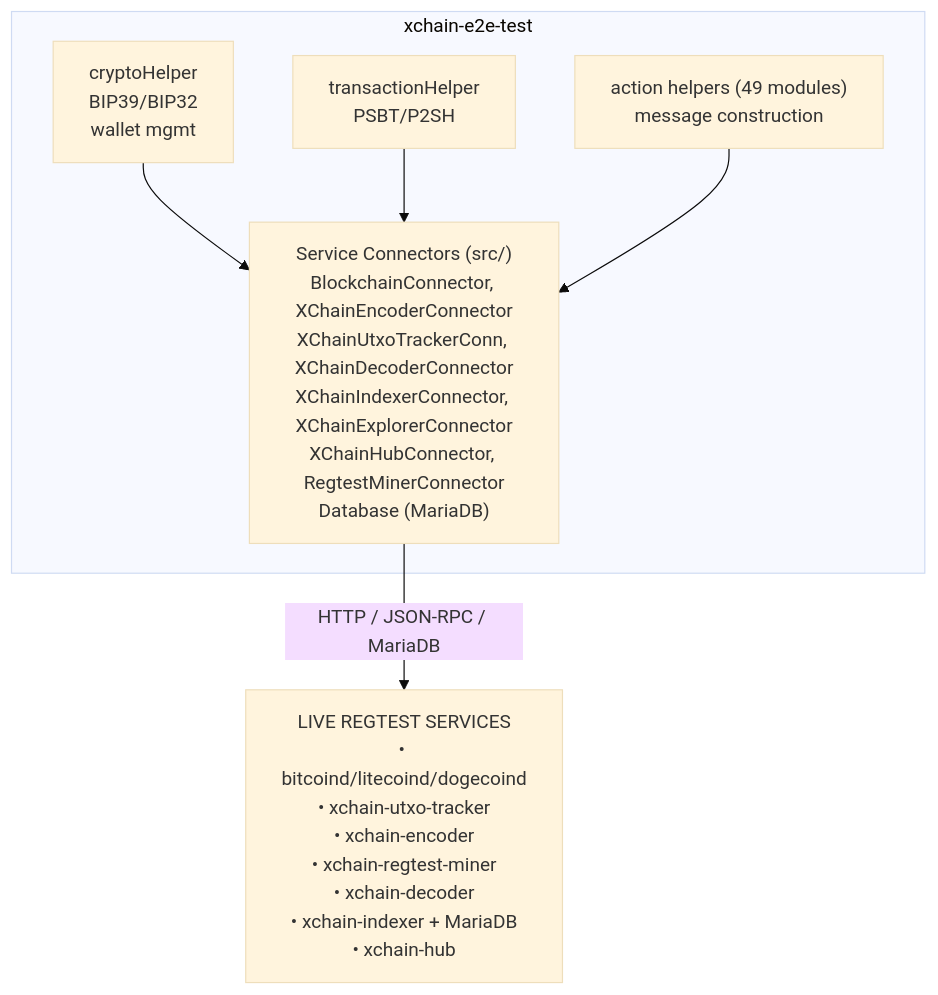
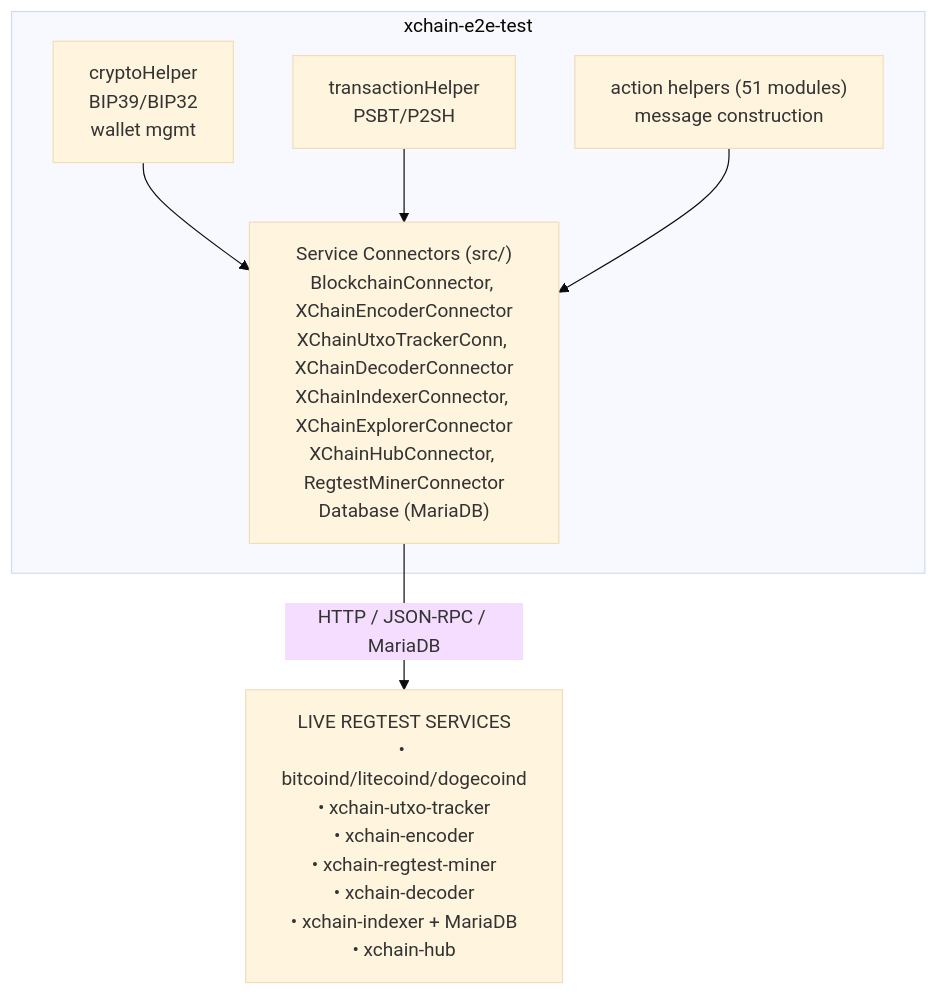
One commit to XChain-Platform/xchain-documentation changed the second of 2 diagrams in components/e2e-test/README.md. Above: the diagram before and after it, drawn with Mermaid (base theme). The commit also changed 1 other file, not shown here.

Commit message:
components(e2e-test): recount the action suites and helper modules
The tree carries 79 action test files and 51 helper modules.

````diff
--- a/components/e2e-test/README.md
+++ b/components/e2e-test/README.md
@@ -65,14 +65,14 @@
 ```mermaid
 flowchart TD
     subgraph E2E["xchain-e2e-test"]
         CH["cryptoHelper<br>BIP39/BIP32<br>wallet mgmt"]
         TH["transactionHelper<br>PSBT/P2SH"]
-        AH["action helpers (49 modules)<br>message construction"]
+        AH["action helpers (51 modules)<br>message construction"]
         SC["Service Connectors (src/)<br>BlockchainConnector, XChainEncoderConnector<br>XChainUtxoTrackerConn, XChainDecoderConnector<br>XChainIndexerConnector, XChainExplorerConnector<br>XChainHubConnector, RegtestMinerConnector<br>Database (MariaDB)"]
         CH --> SC
         TH --> SC
         AH --> SC
     end
     SVC["LIVE REGTEST SERVICES<br>• bitcoind/litecoind/dogecoind<br>• xchain-utxo-tracker<br>• xchain-encoder<br>• xchain-regtest-miner<br>• xchain-decoder<br>• xchain-indexer + MariaDB<br>• xchain-hub"]
     SC -->|HTTP / JSON-RPC / MariaDB| SVC
 ```
````
